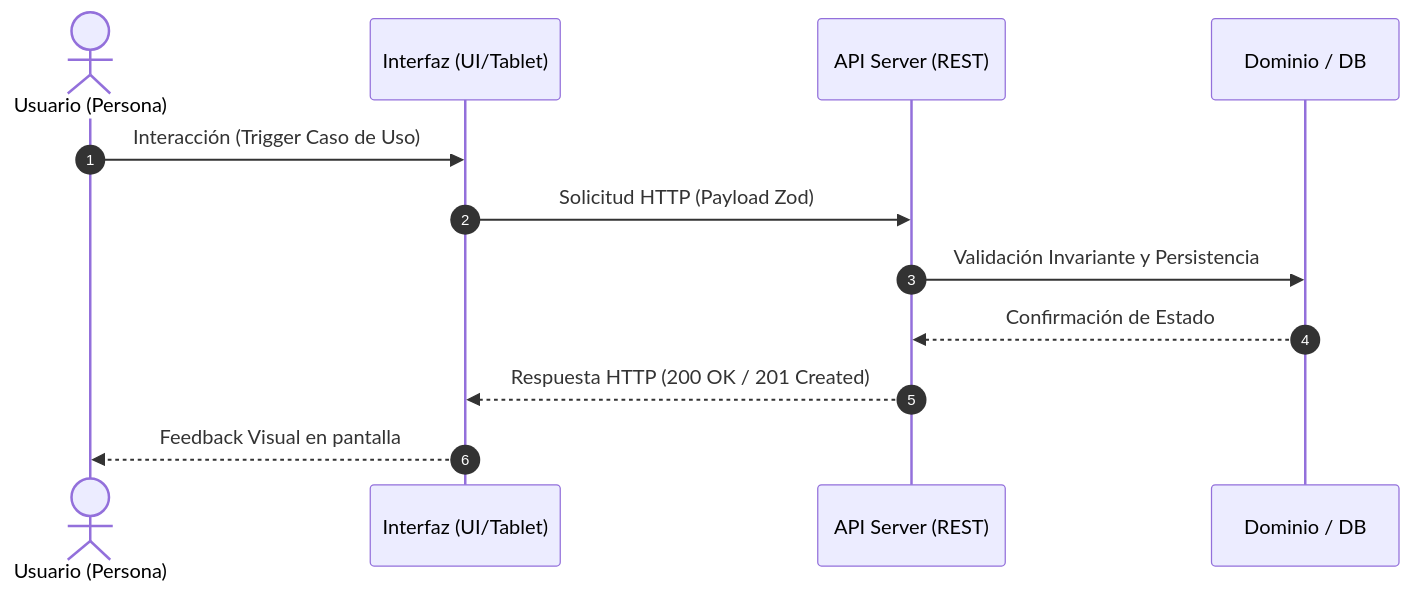
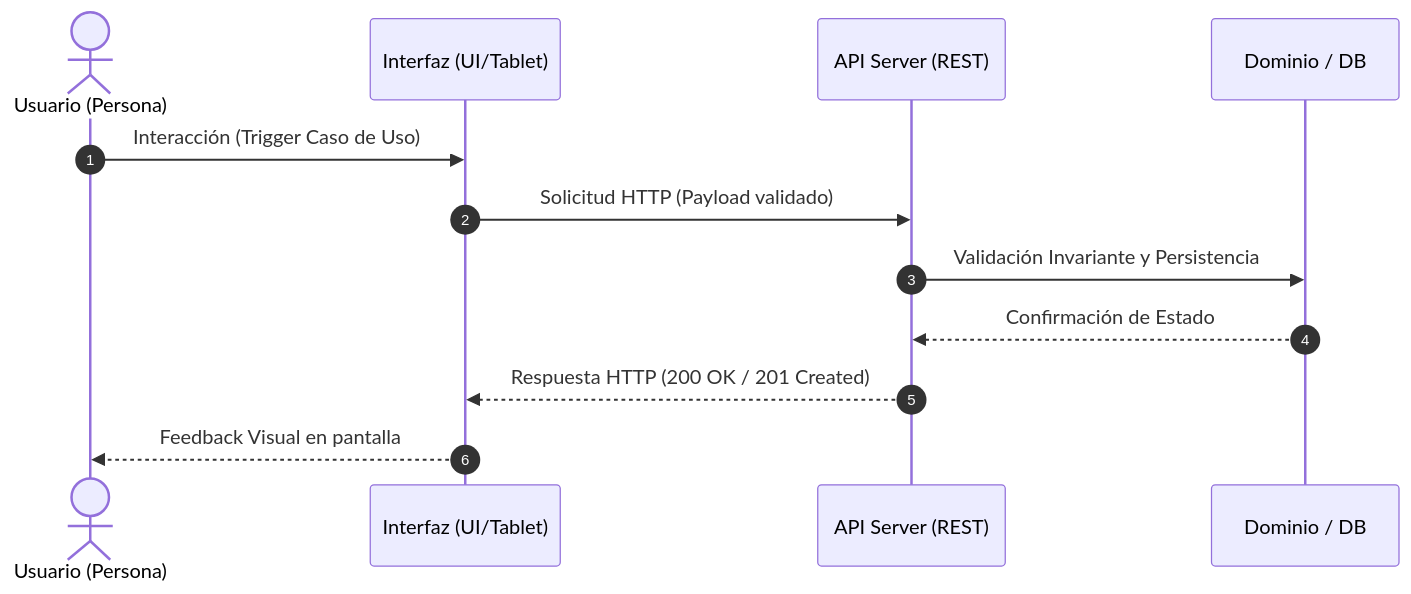
One commit to LIDR-academy/AI4Devs-finalproject changed the diagram in .agents/skills/specs/01_product_definition/SK-02_generate_prd.md. Above: the diagram before and after it, drawn with Mermaid. The commit also changed other lines of this file and 39 other files, not shown here.

````diff
--- a/.agents/skills/specs/01_product_definition/SK-02_generate_prd.md
+++ b/.agents/skills/specs/01_product_definition/SK-02_generate_prd.md
@@ -94,15 +94,15 @@
 ```mermaid
 sequenceDiagram
     autonumber
     actor U as Usuario (Persona)
     participant UI as Interfaz (UI/Tablet)
     participant API as API Server (REST)
     participant DB as Dominio / DB
 
     U->>UI: Interacción (Trigger Caso de Uso)
-    UI->>API: Solicitud HTTP (Payload Zod)
+    UI->>API: Solicitud HTTP (Payload validado)
     API->>DB: Validación Invariante y Persistencia
     DB-->>API: Confirmación de Estado
     API-->>UI: Respuesta HTTP (200 OK / 201 Created)
     UI-->>U: Feedback Visual en pantalla
 ```
````
